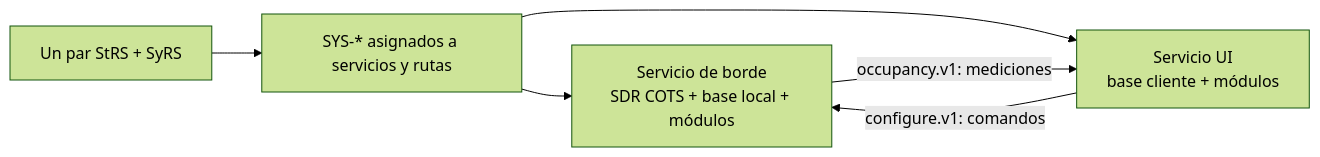
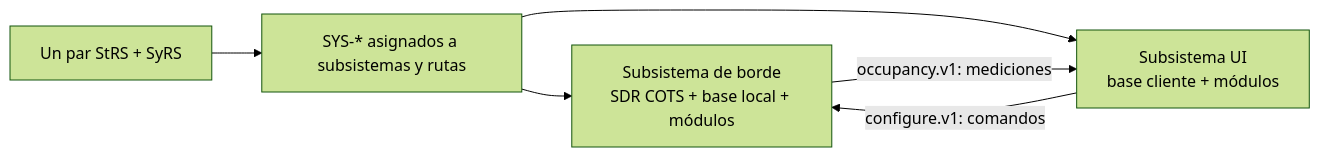
Before and after one commit to dramirezbe/codeanvil-gcpds: the fifth of 11 diagrams in methodology/V-SIL-v3/V-SIL_v3-spa.md, drawn with Mermaid (forest theme). The commit also changed other lines of this file and 30 other files, not shown here.

````diff
--- a/methodology/V-SIL-v3/V-SIL_v3-spa.md
+++ b/methodology/V-SIL-v3/V-SIL_v3-spa.md
@@ -166,8 +166,8 @@
 ```mermaid
 flowchart LR
-    GT["Un par StRS + SyRS"] --> MAP["SYS-* asignados a servicios y rutas"]
-    MAP --> EDGE["Servicio de borde<br/>SDR COTS + base local + módulos"]
-    MAP --> UI["Servicio UI<br/>base cliente + módulos"]
+    GT["Un par StRS + SyRS"] --> MAP["SYS-* asignados a subsistemas y rutas"]
+    MAP --> EDGE["Subsistema de borde<br/>SDR COTS + base local + módulos"]
+    MAP --> UI["Subsistema UI<br/>base cliente + módulos"]
     EDGE -->|"occupancy.v1: mediciones"| UI
     UI -->|"configure.v1: comandos"| EDGE
 ```
````
